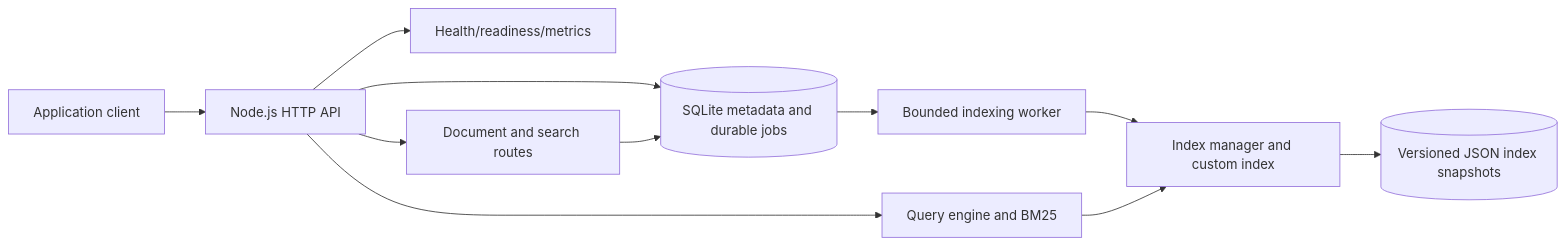
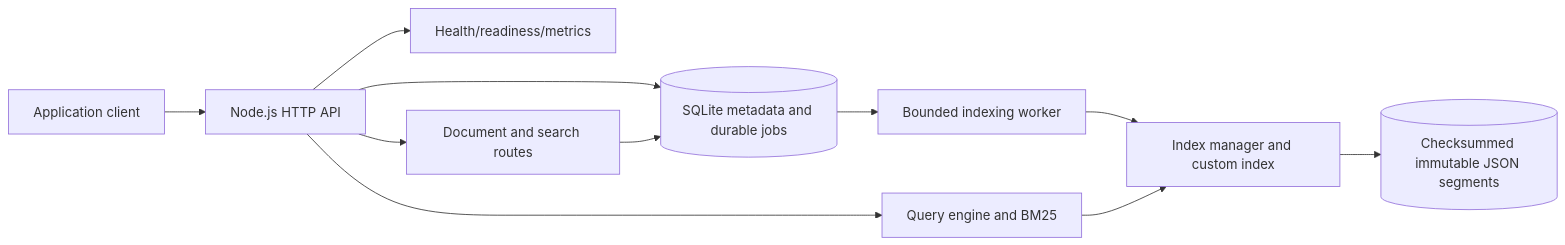
One commit to prajexec/SearchCraft changed the diagram in README.md. Above: the diagram before and after it, drawn with Mermaid. The commit also changed other lines of this file and 15 other files, not shown here.

Commit message:
feat: add versioned immutable segments and compaction

````diff
--- a/README.md
+++ b/README.md
@@ -44,13 +44,13 @@
 ```mermaid
 flowchart LR
     Client[Application client] --> HTTP[Node.js HTTP API]
     HTTP --> Health[Health/readiness/metrics]
     HTTP --> Documents[Document and search routes]
     HTTP --> SQLite[(SQLite metadata and durable jobs)]
     Documents --> SQLite
     SQLite --> Worker[Bounded indexing worker]
     Worker --> Index[Index manager and custom index]
-    Index --> Segments[(Versioned JSON index snapshots)]
+    Index --> Segments[(Checksummed immutable JSON segments)]
     HTTP --> Query[Query engine and BM25]
     Query --> Index
 ```
````
